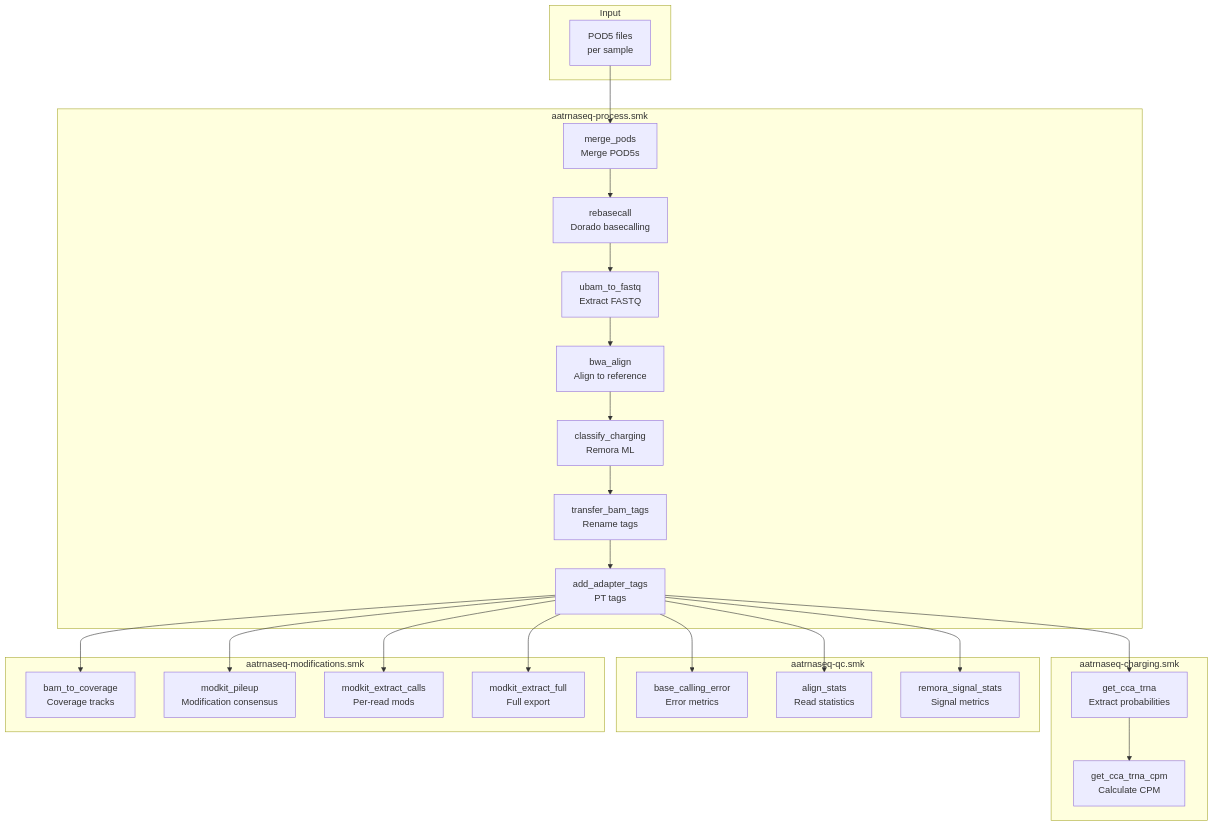
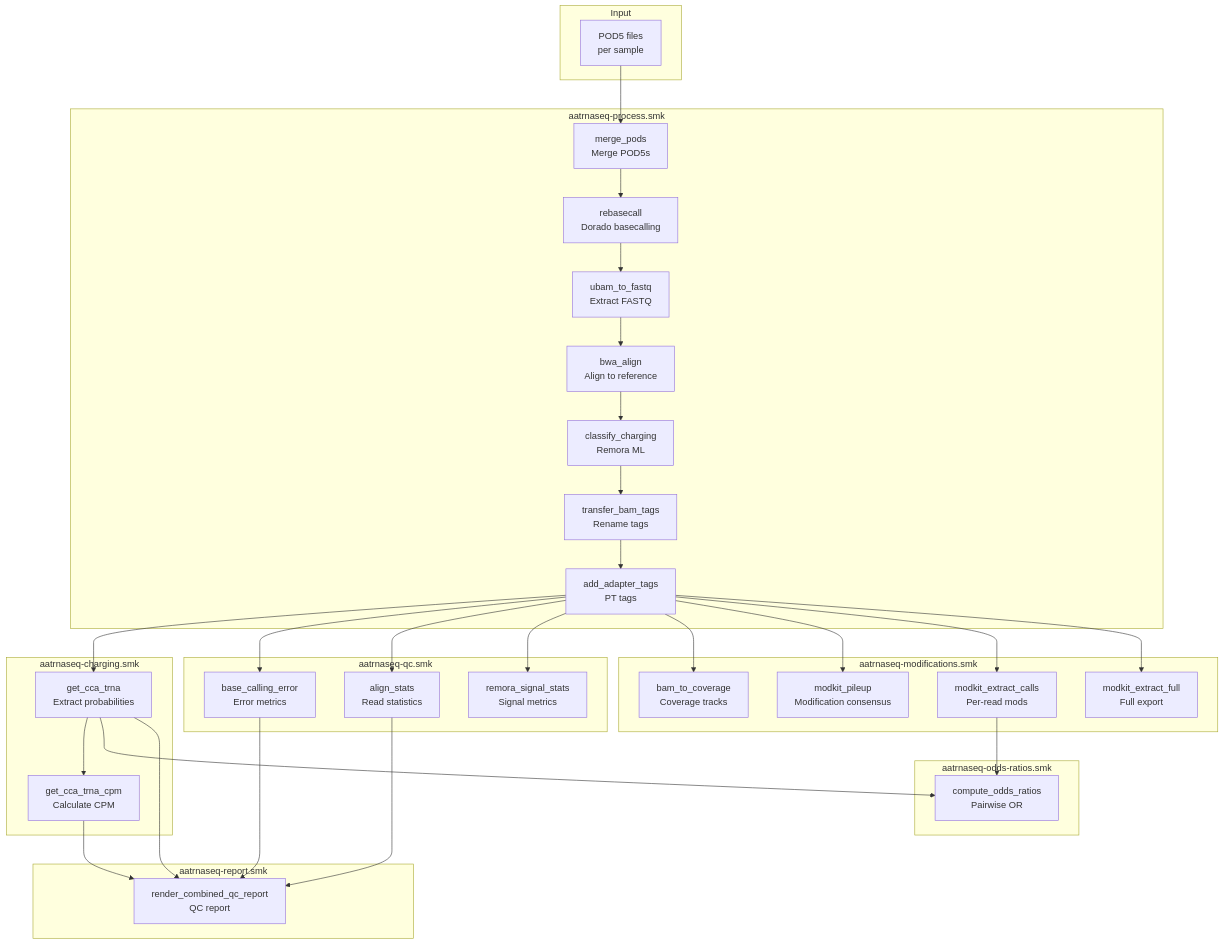
The second of 3 diagrams in docs/workflow/overview.md (rnabioco/aa-tRNA-seq-pipeline), drawn with Mermaid before and after one commit. The commit also changed other lines of this file and 5 other files, not shown here.

````diff
--- a/docs/workflow/overview.md
+++ b/docs/workflow/overview.md
@@ -33,45 +35,59 @@
 ```mermaid
 flowchart TB
     subgraph Input
         A[POD5 files<br/>per sample]
     end
 
     subgraph Processing[aatrnaseq-process.smk]
         B[merge_pods<br/>Merge POD5s]
         C[rebasecall<br/>Dorado basecalling]
         D[ubam_to_fastq<br/>Extract FASTQ]
         E[bwa_align<br/>Align to reference]
         F[classify_charging<br/>Remora ML]
         G[transfer_bam_tags<br/>Rename tags]
         G2[add_adapter_tags<br/>PT tags]
     end
 
     subgraph Charging[aatrnaseq-charging.smk]
         H[get_cca_trna<br/>Extract probabilities]
         I[get_cca_trna_cpm<br/>Calculate CPM]
     end
 
     subgraph QC[aatrnaseq-qc.smk]
         J[base_calling_error<br/>Error metrics]
         K[align_stats<br/>Read statistics]
         L[remora_signal_stats<br/>Signal metrics]
     end
 
     subgraph Mods[aatrnaseq-modifications.smk]
         M[bam_to_coverage<br/>Coverage tracks]
         N[modkit_pileup<br/>Modification consensus]
         O[modkit_extract_calls<br/>Per-read mods]
         P[modkit_extract_full<br/>Full export]
     end
 
+    subgraph OddsRatios[aatrnaseq-odds-ratios.smk]
+        Q[compute_odds_ratios<br/>Pairwise OR]
+    end
+
+    subgraph Report[aatrnaseq-report.smk]
+        R[render_combined_qc_report<br/>QC report]
+    end
+
     A --> B --> C --> D --> E --> F --> G --> G2
 
     G2 --> H --> I
     G2 --> J
     G2 --> K
     G2 --> L
     G2 --> M
     G2 --> N
     G2 --> O
     G2 --> P
+    O --> Q
+    H --> Q
+    J --> R
+    H --> R
+    I --> R
+    K --> R
 ```
````
